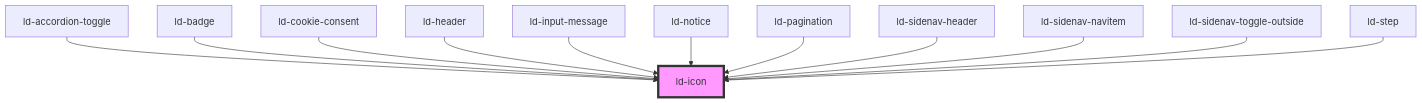
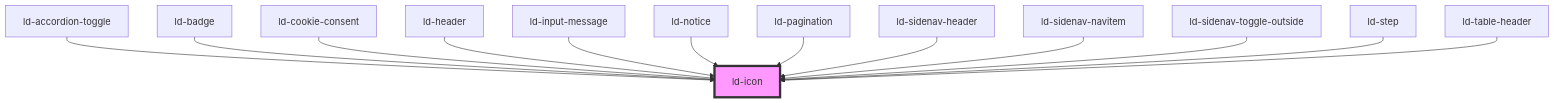
One commit to emdgroup-liquid/liquid changed the diagram in src/liquid/components/ld-icon/readme.md. Above: the diagram before and after it, drawn with Mermaid. The commit also changed other lines of this file and 56 other files, not shown here.

````diff
--- a/src/liquid/components/ld-icon/readme.md
+++ b/src/liquid/components/ld-icon/readme.md
@@ -350,15 +351,16 @@
 ```mermaid
 graph TD;
   ld-accordion-toggle --> ld-icon
   ld-badge --> ld-icon
   ld-cookie-consent --> ld-icon
   ld-header --> ld-icon
   ld-input-message --> ld-icon
   ld-notice --> ld-icon
   ld-pagination --> ld-icon
   ld-sidenav-header --> ld-icon
   ld-sidenav-navitem --> ld-icon
   ld-sidenav-toggle-outside --> ld-icon
   ld-step --> ld-icon
+  ld-table-header --> ld-icon
   style ld-icon fill:#f9f,stroke:#333,stroke-width:4px
 ```
````
